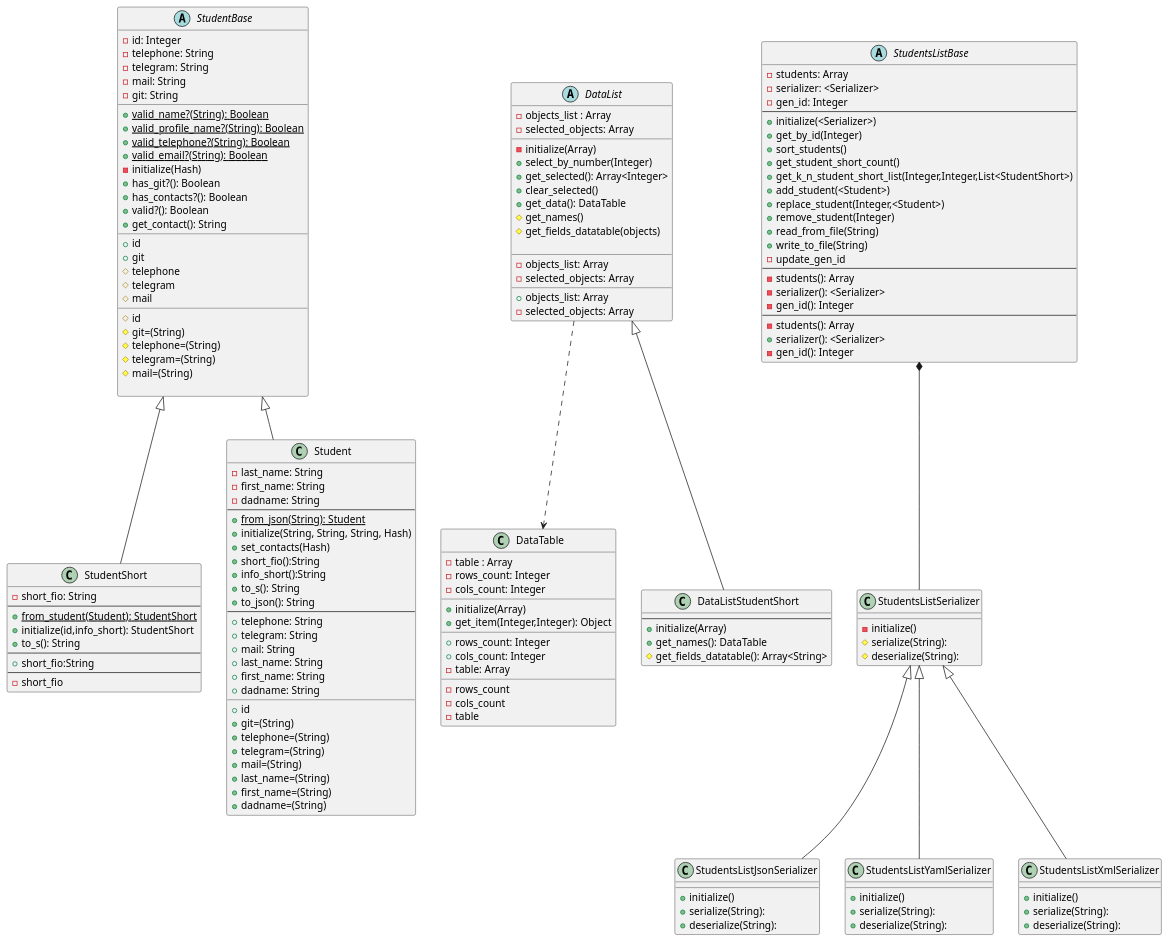
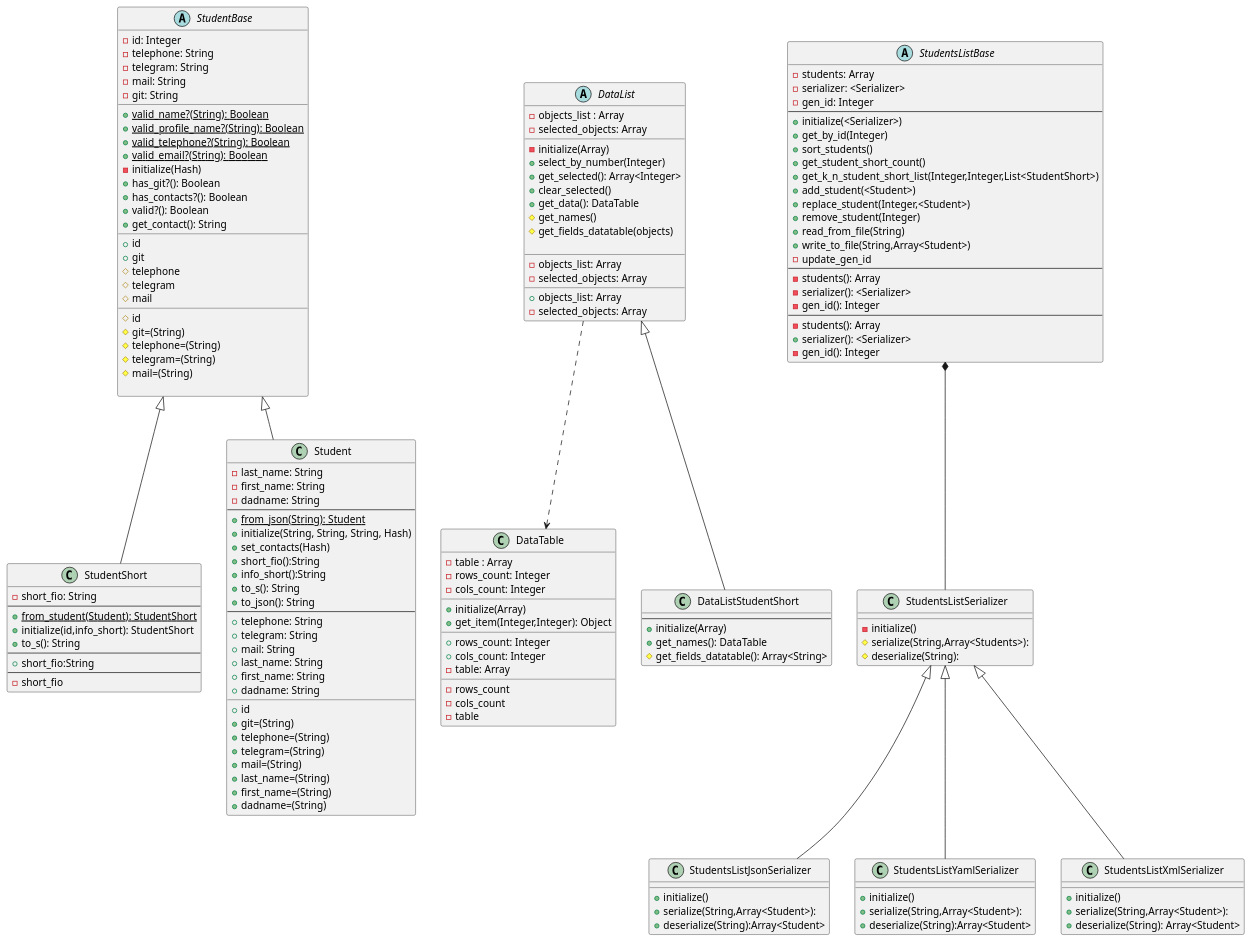
Before and after one commit to KREEAL/RubyLabs: the diagram in LR2/diagram/StudentClassDiagram.puml, drawn with PlantUML. The commit also changed 7 other files, not shown here.

```diff
--- a/LR2/diagram/StudentClassDiagram.puml
+++ b/LR2/diagram/StudentClassDiagram.puml
@@ -1,171 +1,171 @@
 @startuml
 'https://plantuml.com/class-diagram
 abstract class StudentBase {
     -id: Integer
     -telephone: String
     -telegram: String
     -mail: String
     -git: String
     __
     +{static}valid_name?(String): Boolean
     +{static}valid_profile_name?(String): Boolean
     +{static}valid_telephone?(String): Boolean
     +{static}valid_email?(String): Boolean
     -initialize(Hash)
     +has_git?(): Boolean
     +has_contacts?(): Boolean
     +valid?(): Boolean
     +get_contact(): String
     __
     +id
     +git
     #telephone
     #telegram
     #mail
     __
     #id
     #git=(String)
     #telephone=(String)
     #telegram=(String)
     #mail=(String)
 
 }
 class StudentShort extends StudentBase {
     -short_fio: String
     --
     +{static}from_student(Student): StudentShort
     +initialize(id,info_short): StudentShort
     +to_s(): String
     --
     +short_fio:String
     --
     -short_fio
 }
 class Student extends StudentBase{
     -last_name: String
     -first_name: String
     -dadname: String
     --
     +{static}from_json(String): Student
     +initialize(String, String, String, Hash)
     +set_contacts(Hash)
     +short_fio():String
     +info_short():String
     +to_s(): String
     +to_json(): String
     --
     +telephone: String
     +telegram: String
     +mail: String
     +last_name: String
     +first_name: String
     +dadname: String
     __
     +id
     +git=(String)
     +telephone=(String)
     +telegram=(String)
     +mail=(String)
     +last_name=(String)
     +first_name=(String)
     +dadname=(String)
 }
 
 class DataTable{
     -table : Array
     -rows_count: Integer
     -cols_count: Integer
     __
     +initialize(Array)
     +get_item(Integer,Integer): Object
     __
     +rows_count: Integer
     +cols_count: Integer
     -table: Array
     __
     -rows_count
     -cols_count
     -table
 }
 abstract class DataList{
     -objects_list : Array
     -selected_objects: Array
     __
     -initialize(Array)
     +select_by_number(Integer)
     +get_selected(): Array<Integer>
     +clear_selected()
     +get_data(): DataTable
     #get_names()
     #get_fields_datatable(objects)
 
     __
     -objects_list: Array
     -selected_objects: Array
     __
     +objects_list: Array
     -selected_objects: Array
 }
 
 class DataListStudentShort extends DataList{
     --
     +initialize(Array)
     +get_names(): DataTable
     #get_fields_datatable(): Array<String>
 }
 
 abstract class StudentsListBase{
     -students: Array
     -serializer: <Serializer>
     -gen_id: Integer
     --
     +initialize(<Serializer>)
     +get_by_id(Integer)
     +sort_students()
     +get_student_short_count()
     +get_k_n_student_short_list(Integer,Integer,List<StudentShort>)
     +add_student(<Student>)
     +replace_student(Integer,<Student>)
     +remove_student(Integer)
     +read_from_file(String)
-    +write_to_file(String)
+    +write_to_file(String,Array<Student>)
     -update_gen_id
     --
     -students(): Array
     -serializer(): <Serializer>
     -gen_id(): Integer
     --
     -students(): Array
     +serializer(): <Serializer>
     -gen_id(): Integer
 }
 
 class StudentsListSerializer{
     -initialize()
-    #serialize(String):
+    #serialize(String,Array<Students>):
     #deserialize(String):
 }
 
 class StudentsListJsonSerializer extends StudentsListSerializer{
     +initialize()
-    +serialize(String):
-    +deserialize(String):
+    +serialize(String,Array<Student>):
+    +deserialize(String):Array<Student>
 }
 
 class StudentsListYamlSerializer extends StudentsListSerializer{
     +initialize()
-    +serialize(String):
-    +deserialize(String):
+    +serialize(String,Array<Student>):
+    +deserialize(String):Array<Student>
 }
 
 class StudentsListXmlSerializer extends StudentsListSerializer{
     +initialize()
-    +serialize(String):
-    +deserialize(String):
+    +serialize(String,Array<Student>):
+    +deserialize(String): Array<Student>
 }
 
 
 
 DataList ..> DataTable
 StudentsListBase *-- StudentsListSerializer
 @enduml
```
